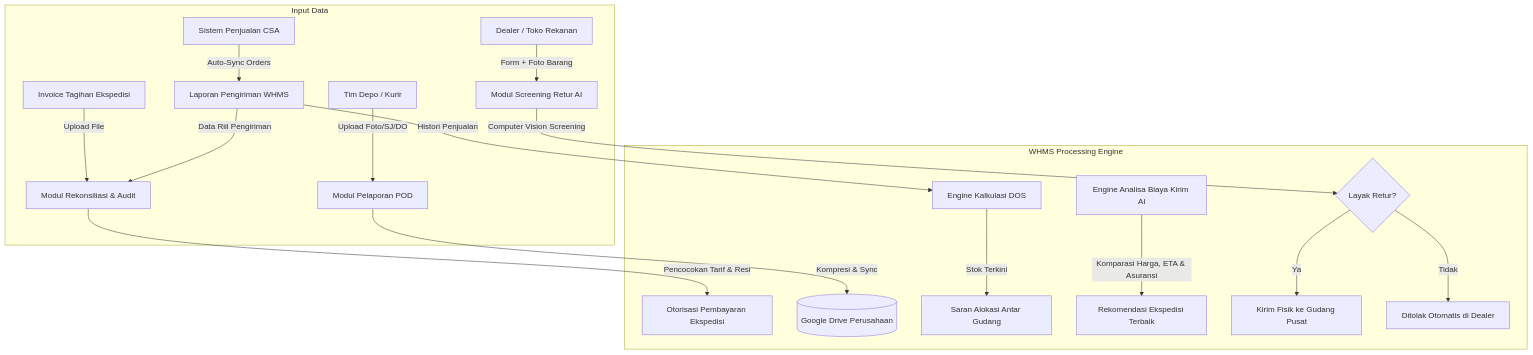
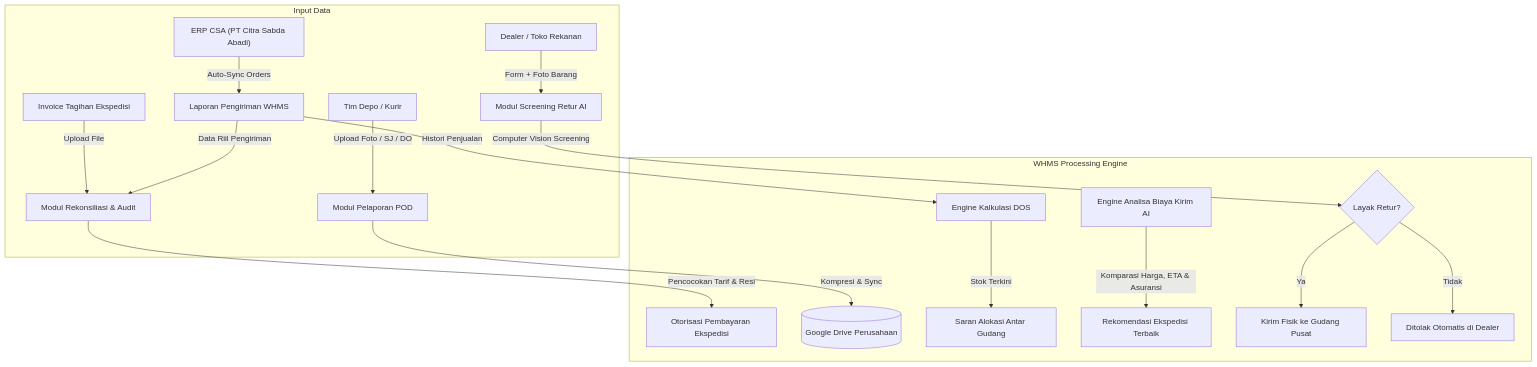
The diagram in README.md (oceanspacedev/whms-web), drawn with Mermaid before and after one commit. The commit also changed other lines of this file, not shown here.

Commit message:
docs: update README with ERP CSA references, corrected file links, and repository instructions

````diff
--- a/README.md
+++ b/README.md
@@ -171,25 +171,25 @@
 ```mermaid
 flowchart TD
-    subgraph Input Data
-        CSA[Sistem Penjualan CSA] -->|Auto-Sync Orders| WHMS_Log[Laporan Pengiriman WHMS]
-        Exp_Inv[Invoice Tagihan Ekspedisi] -->|Upload File| WHMS_Recon[Modul Rekonsiliasi & Audit]
-        Gudang[Tim Depo / Kurir] -->|Upload Foto/SJ/DO| WHMS_POD[Modul Pelaporan POD]
-        Dealer[Dealer / Toko Rekanan] -->|Form + Foto Barang| WHMS_RMA[Modul Screening Retur AI]
+    subgraph Input_Data ["Input Data"]
+        CSA["ERP CSA (PT Citra Sabda Abadi)"] -->|Auto-Sync Orders| WHMS_Log["Laporan Pengiriman WHMS"]
+        Exp_Inv["Invoice Tagihan Ekspedisi"] -->|Upload File| WHMS_Recon["Modul Rekonsiliasi & Audit"]
+        Gudang["Tim Depo / Kurir"] -->|Upload Foto / SJ / DO| WHMS_POD["Modul Pelaporan POD"]
+        Dealer["Dealer / Toko Rekanan"] -->|Form + Foto Barang| WHMS_RMA["Modul Screening Retur AI"]
     end
 
-    subgraph WHMS Processing Engine
+    subgraph Processing_Engine ["WHMS Processing Engine"]
         WHMS_Log -->|Data Riil Pengiriman| WHMS_Recon
-        WHMS_Recon -->|Pencocokan Tarif & Resi| Fin_Approval[Otorisasi Pembayaran Ekspedisi]
+        WHMS_Recon -->|Pencocokan Tarif & Resi| Fin_Approval["Otorisasi Pembayaran Ekspedisi"]
         
-        WHMS_POD -->|Kompresi & Sync| GDrive[(Google Drive Perusahaan)]
+        WHMS_POD -->|Kompresi & Sync| GDrive[("Google Drive Perusahaan")]
         
-        WHMS_Log -->|Histori Penjualan| Stock_Engine[Engine Kalkulasi DOS]
-        Stock_Engine -->|Stok Terkini| Suggest_Transfer[Saran Alokasi Antar Gudang]
+        WHMS_Log -->|Histori Penjualan| Stock_Engine["Engine Kalkulasi DOS"]
+        Stock_Engine -->|Stok Terkini| Suggest_Transfer["Saran Alokasi Antar Gudang"]
         
-        Rate_Engine[Engine Analisa Biaya Kirim AI] -->|Komparasi Harga, ETA & Asuransi| Carrier_Choice[Rekomendasi Ekspedisi Terbaik]
+        Rate_Engine["Engine Analisa Biaya Kirim AI"] -->|Komparasi Harga, ETA & Asuransi| Carrier_Choice["Rekomendasi Ekspedisi Terbaik"]
         
-        WHMS_RMA -->|Computer Vision Screening| RMA_Decision{Layak Retur?}
-        RMA_Decision -->|Ya| Allow_Ship[Kirim Fisik ke Gudang Pusat]
-        RMA_Decision -->|Tidak| Reject_Ship[Ditolak Otomatis di Dealer]
+        WHMS_RMA -->|Computer Vision Screening| RMA_Decision{"Layak Retur?"}
+        RMA_Decision -->|Ya| Allow_Ship["Kirim Fisik ke Gudang Pusat"]
+        RMA_Decision -->|Tidak| Reject_Ship["Ditolak Otomatis di Dealer"]
     end
 ```
````
